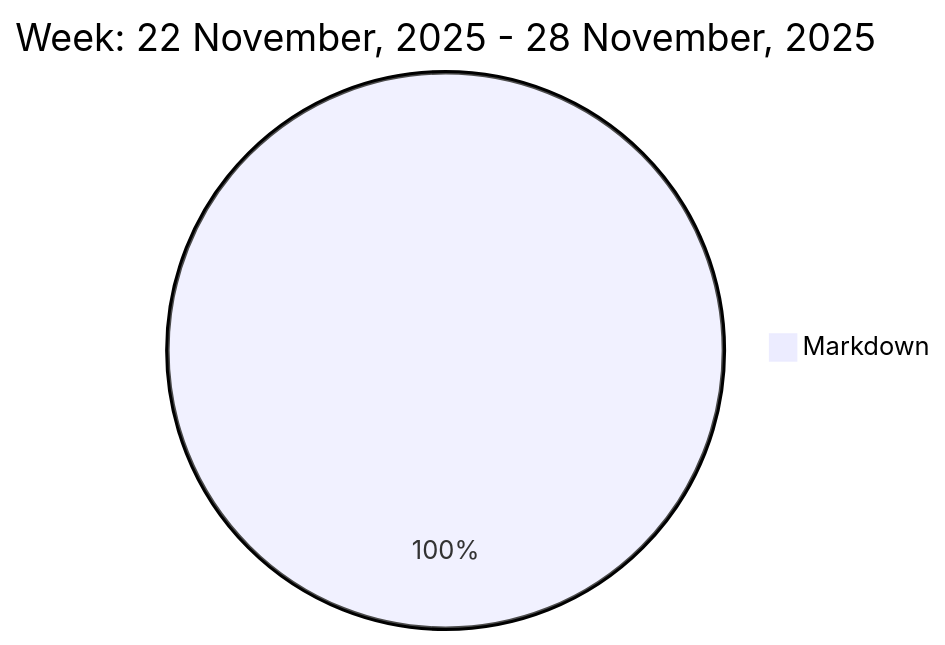
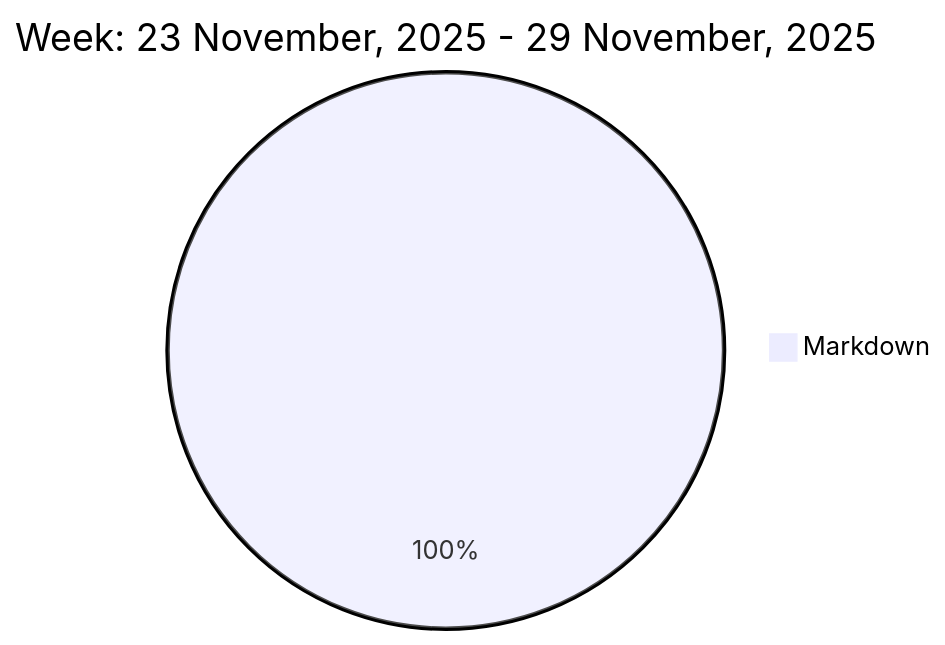
One commit to liubin95/liubin95 changed the diagram in README.md. Above: the diagram before and after it, drawn with Mermaid.

Commit message:
Updated the Graph with new Metrics

````diff
--- a/README.md
+++ b/README.md
@@ -37,5 +37,5 @@
 ```mermaid
  pie
-title Week: 22 November, 2025 - 28 November, 2025
+title Week: 23 November, 2025 - 29 November, 2025
  "Markdown" : 1.52
 ```
````
